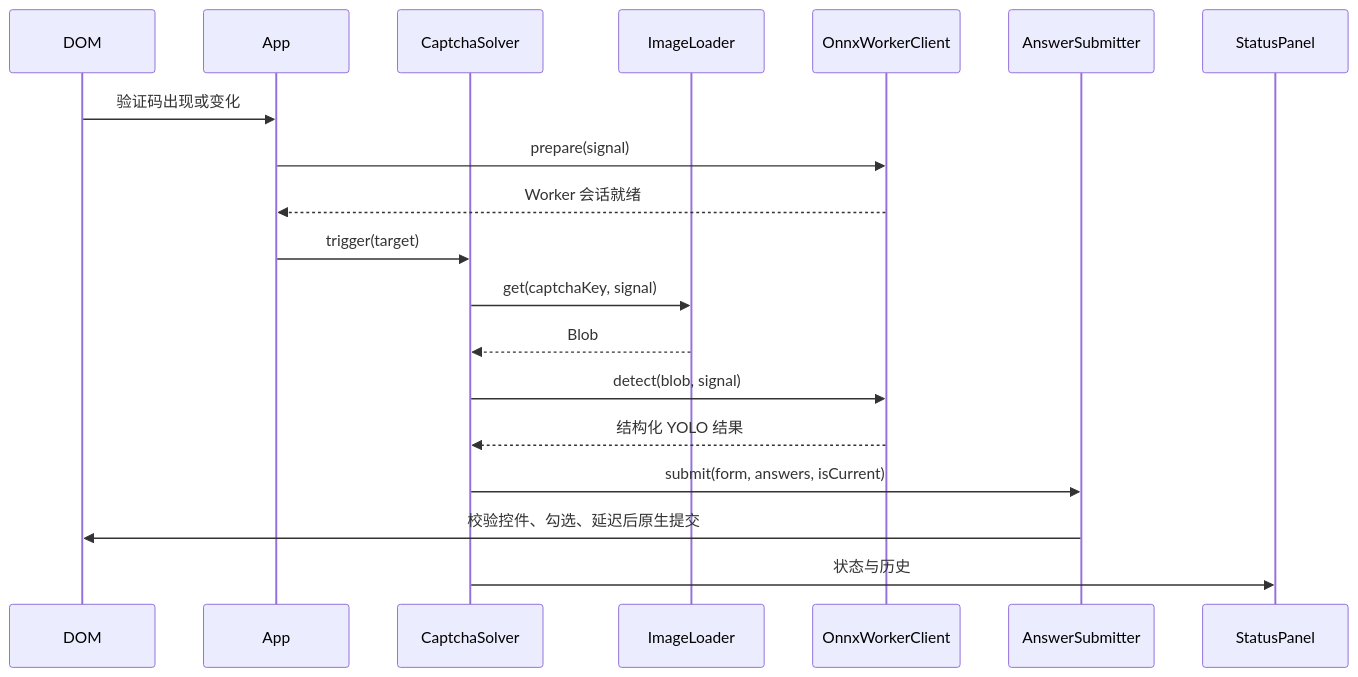
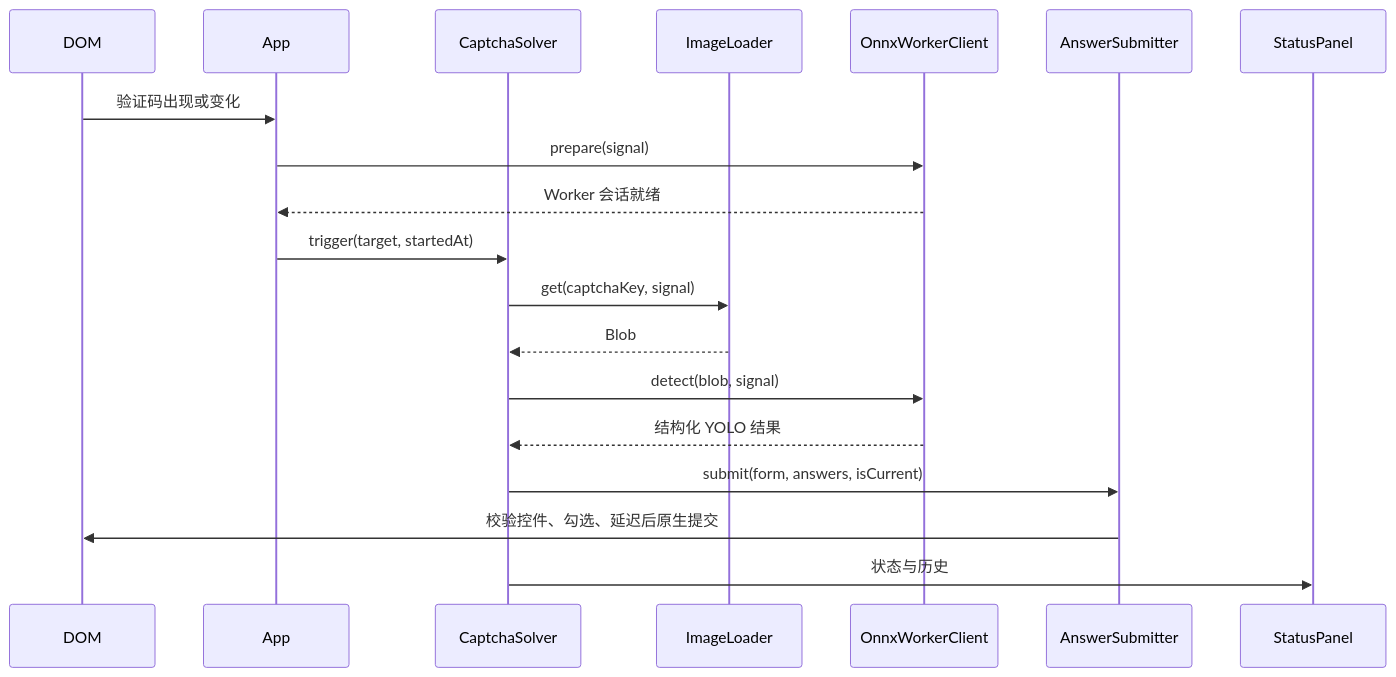
One commit to ngnlAYY/HV-PonySolver-JS changed the diagram in docs/architecture/browser-runtime.md. Above: the diagram before and after it, drawn with Mermaid. The commit also changed other lines of this file and 49 other files, not shown here.

````diff
--- a/docs/architecture/browser-runtime.md
+++ b/docs/architecture/browser-runtime.md
@@ -70,21 +39,21 @@
 ```mermaid
 sequenceDiagram
     participant DOM
     participant App
     participant Solver as CaptchaSolver
     participant Image as ImageLoader
     participant Detector as OnnxWorkerClient
     participant Submit as AnswerSubmitter
     participant Panel as StatusPanel
     DOM->>App: 验证码出现或变化
     App->>Detector: prepare(signal)
     Detector-->>App: Worker 会话就绪
-    App->>Solver: trigger(target)
+    App->>Solver: trigger(target, startedAt)
     Solver->>Image: get(captchaKey, signal)
     Image-->>Solver: Blob
     Solver->>Detector: detect(blob, signal)
     Detector-->>Solver: 结构化 YOLO 结果
     Solver->>Submit: submit(form, answers, isCurrent)
     Submit->>DOM: 校验控件、勾选、延迟后原生提交
     Solver->>Panel: 状态与历史
 ```
````
